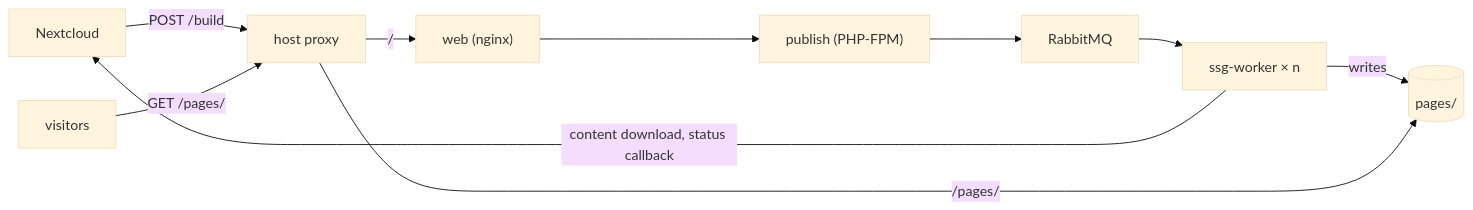
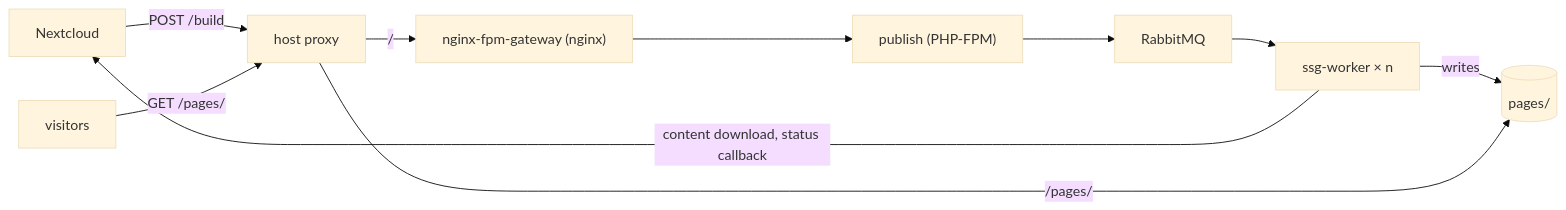
Before and after one commit to nextcloud-publish/publish: the diagram in docs/wiki/How-it-works.md, drawn with Mermaid (base theme). The commit also changed other lines of this file and 21 other files, not shown here.

````diff
--- a/docs/wiki/How-it-works.md
+++ b/docs/wiki/How-it-works.md
@@ -6,12 +6,12 @@
 ```mermaid
 flowchart LR
     nextcloud[Nextcloud] -- "POST /build" --> proxy[host proxy]
     visitors[visitors] -- "GET /pages/" --> proxy
-    proxy -- "/" --> web["web (nginx)"]
-    web --> publish["publish (PHP-FPM)"]
+    proxy -- "/" --> gateway["nginx-fpm-gateway (nginx)"]
+    gateway --> publish["publish (PHP-FPM)"]
     publish --> rabbitmq[RabbitMQ]
     rabbitmq --> worker["ssg-worker × n"]
     worker -- "content download, status callback" --> nextcloud
     worker -- writes --> pages[("pages/")]
     proxy -- "/pages/" --> pages
 ```
````
